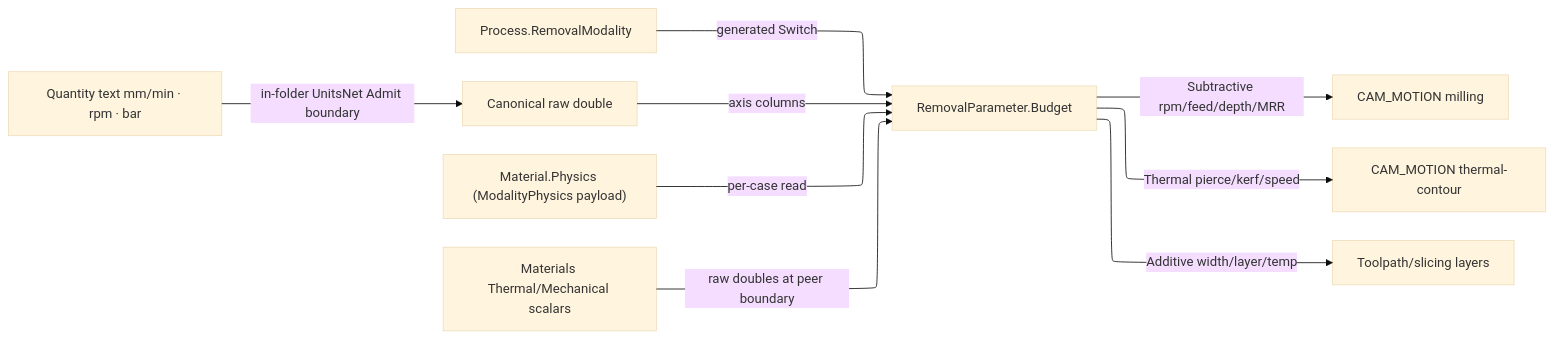
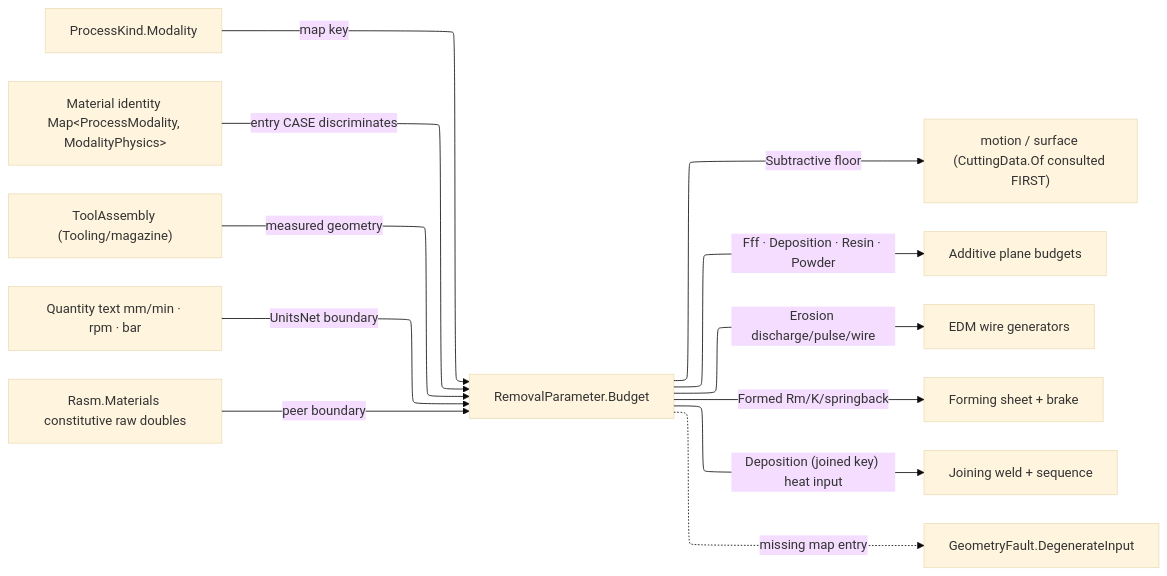
Before and after one commit to bsamiee/Rasm: the diagram in libs/csharp/Rasm.Fabrication/.planning/Process/physics.md, drawn with Mermaid. The commit also changed other lines of this file and 315 other files, not shown here.

````diff
--- a/libs/csharp/Rasm.Fabrication/.planning/Process/physics.md
+++ b/libs/csharp/Rasm.Fabrication/.planning/Process/physics.md
@@ -194,16 +203,19 @@
 ```mermaid
 ---
 config:
   layout: elk
   theme: base
 ---
 flowchart LR
-    Process["Process.RemovalModality"] -->|generated Switch| Budget["RemovalParameter.Budget"]
-    Quantity["Quantity text mm/min · rpm · bar"] -->|in-folder UnitsNet Admit boundary| Canonical["Canonical raw double"]
-    Material["Material.Physics (ModalityPhysics payload)"] -->|per-case read| Budget
-    Constitutive["Materials Thermal/Mechanical scalars"] -->|raw doubles at peer boundary| Budget
-    Canonical -->|axis columns| Budget
-    Budget -->|Subtractive rpm/feed/depth/MRR| Cam["CAM_MOTION milling"]
-    Budget -->|Thermal pierce/kerf/speed| Thermal["CAM_MOTION thermal-contour"]
-    Budget -->|Additive width/layer/temp| Additive["Toolpath/slicing layers"]
+    ProcessKind["ProcessKind.Modality"] -->|map key| Budget["RemovalParameter.Budget"]
+    Material["Material identity Map&lt;ProcessModality, ModalityPhysics&gt;"] -->|entry CASE discriminates| Budget
+    Assembly["ToolAssembly (Tooling/magazine)"] -->|measured geometry| Budget
+    Quantity["Quantity text mm/min · rpm · bar"] -->|UnitsNet boundary| Budget
+    Constitutive["Rasm.Materials constitutive raw doubles"] -->|peer boundary| Budget
+    Budget -->|Subtractive floor| Cam["motion / surface (CuttingData.Of consulted FIRST)"]
+    Budget -->|Fff · Deposition · Resin · Powder| AM["Additive plane budgets"]
+    Budget -->|Erosion discharge/pulse/wire| Edm["EDM wire generators"]
+    Budget -->|Formed Rm/K/springback| Form["Forming sheet + brake"]
+    Budget -->|"Deposition (joined key) heat input"| Weld["Joining weld + sequence"]
+    Budget -.->|missing map entry| Degen["GeometryFault.DegenerateInput"]
 ```
````
